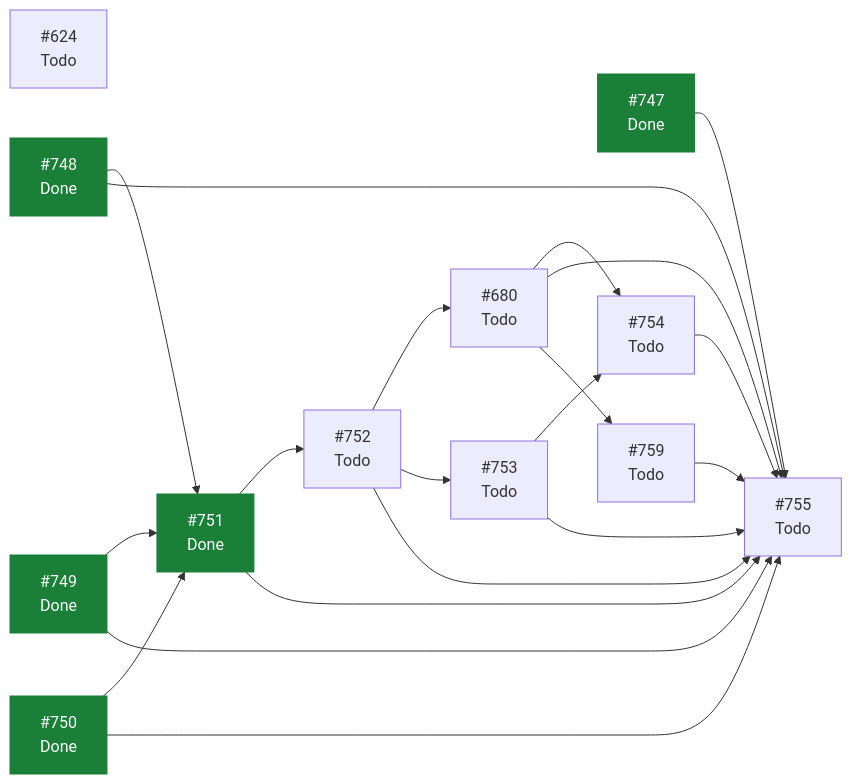
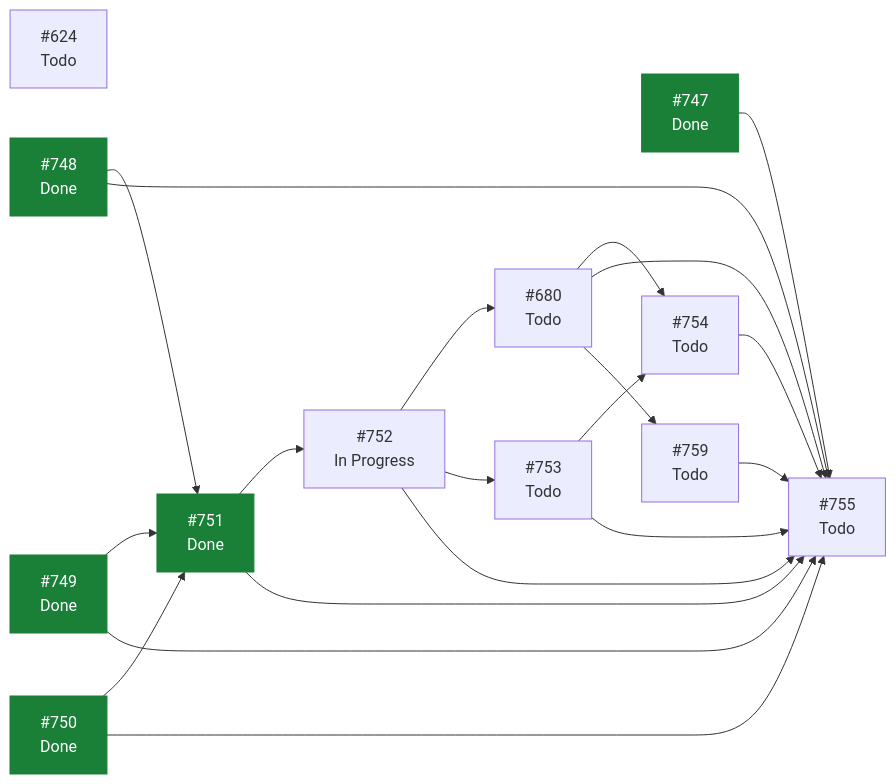
One commit to ecamp0s/evault changed the diagram in docs/planning/STATUS.md. Above: the diagram before and after it, drawn with Mermaid. The commit also changed other lines of this file, not shown here.

````diff
--- a/docs/planning/STATUS.md
+++ b/docs/planning/STATUS.md
@@ -97,36 +97,36 @@
 ```mermaid
 graph LR
   I624["#624<br/>Todo"]
   I680["#680<br/>Todo"]
   I747["#747<br/>Done"]
   I748["#748<br/>Done"]
   I749["#749<br/>Done"]
   I750["#750<br/>Done"]
   I751["#751<br/>Done"]
-  I752["#752<br/>Todo"]
+  I752["#752<br/>In Progress"]
   I753["#753<br/>Todo"]
   I754["#754<br/>Todo"]
   I755["#755<br/>Todo"]
   I759["#759<br/>Todo"]
   I680 --> I754
   I680 --> I755
   I680 --> I759
   I747 --> I755
   I748 --> I751
   I748 --> I755
   I749 --> I751
   I749 --> I755
   I750 --> I751
   I750 --> I755
   I751 --> I752
   I751 --> I755
   I752 --> I680
   I752 --> I753
   I752 --> I755
   I753 --> I754
   I753 --> I755
   I754 --> I755
   I759 --> I755
   classDef hecho fill:#1a7f37,stroke:#1a7f37,color:#fff;
   class I747,I748,I749,I750,I751 hecho;
 ```
````
